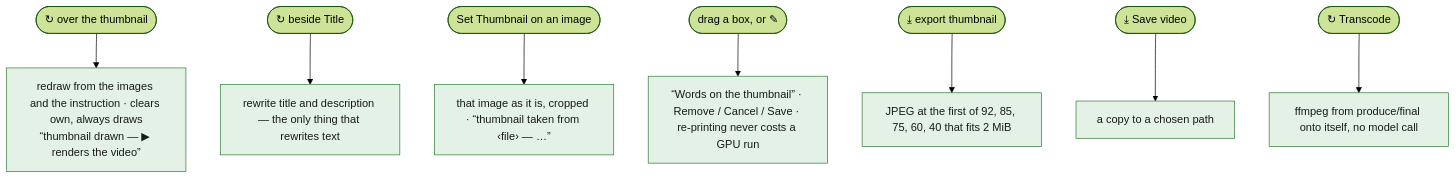
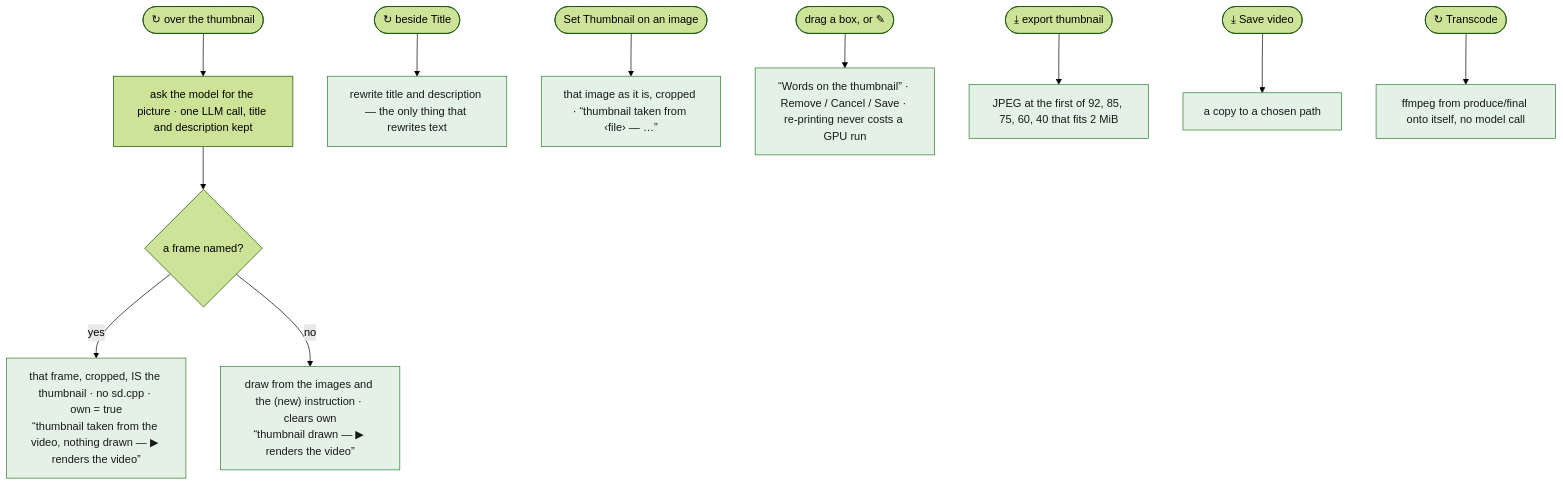
The sixth of 6 diagrams in spec/08-produce.md (tbocek/naivepost), drawn with Mermaid (forest theme) before and after one commit. The commit also changed other lines of this file and 9 other files, not shown here.

First line of the commit message:
Ask the model again on ↻ over the thumbnail, take a named frame without sd.cpp

````diff
--- a/spec/08-produce.md
+++ b/spec/08-produce.md
@@ -171,13 +171,16 @@
 ```mermaid
 flowchart TD
-  T(["↻ over the thumbnail"]) --> TD["redraw from the images and the instruction · clears own, always draws<br/>“thumbnail drawn — ▶ renders the video”"]:::done
+  T(["↻ over the thumbnail"]) --> TA["ask the model for the picture · one LLM call, title and description kept"]
+  TA --> TK{"a frame named?"}
+  TK -- yes --> TF["that frame, cropped, IS the thumbnail · no sd.cpp · own = true<br/>“thumbnail taken from the video, nothing drawn — ▶ renders the video”"]:::done
+  TK -- no --> TD["draw from the images and the (new) instruction · clears own<br/>“thumbnail drawn — ▶ renders the video”"]:::done
   TI(["↻ beside Title"]) --> TX["rewrite title and description — the only thing that rewrites text"]:::done
   ST(["Set Thumbnail on an image"]) --> SS["that image as it is, cropped · “thumbnail taken from ‹file› — …”"]:::done
   W(["drag a box, or ✎"]) --> WD["“Words on the thumbnail” · Remove / Cancel / Save · re-printing never costs a GPU run"]:::done
   E(["⤓ export thumbnail"]) --> EJ["JPEG at the first of 92, 85, 75, 60, 40 that fits 2 MiB"]:::done
   V(["⤓ Save video"]) --> VC["a copy to a chosen path"]:::done
   R(["↻ Transcode"]) --> RE["ffmpeg from produce/final onto itself, no model call"]:::done
   classDef refuse fill:#fde2e1,stroke:#c01c28,color:#1a1a1a
   classDef done fill:#e3f1e6,stroke:#2e7d32,color:#1a1a1a
   classDef ask fill:#e8eefc,stroke:#3a63c8,color:#1a1a1a
 ```
````
